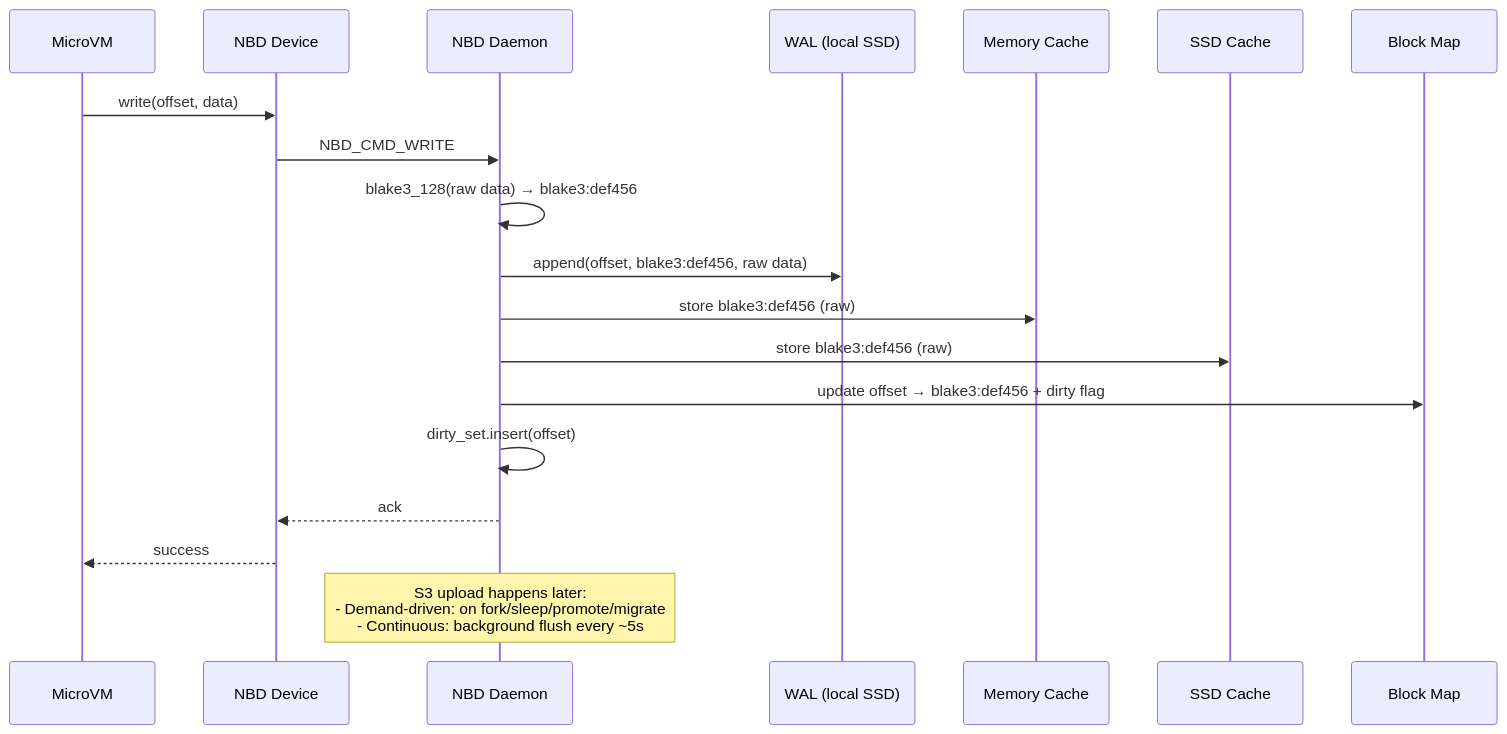
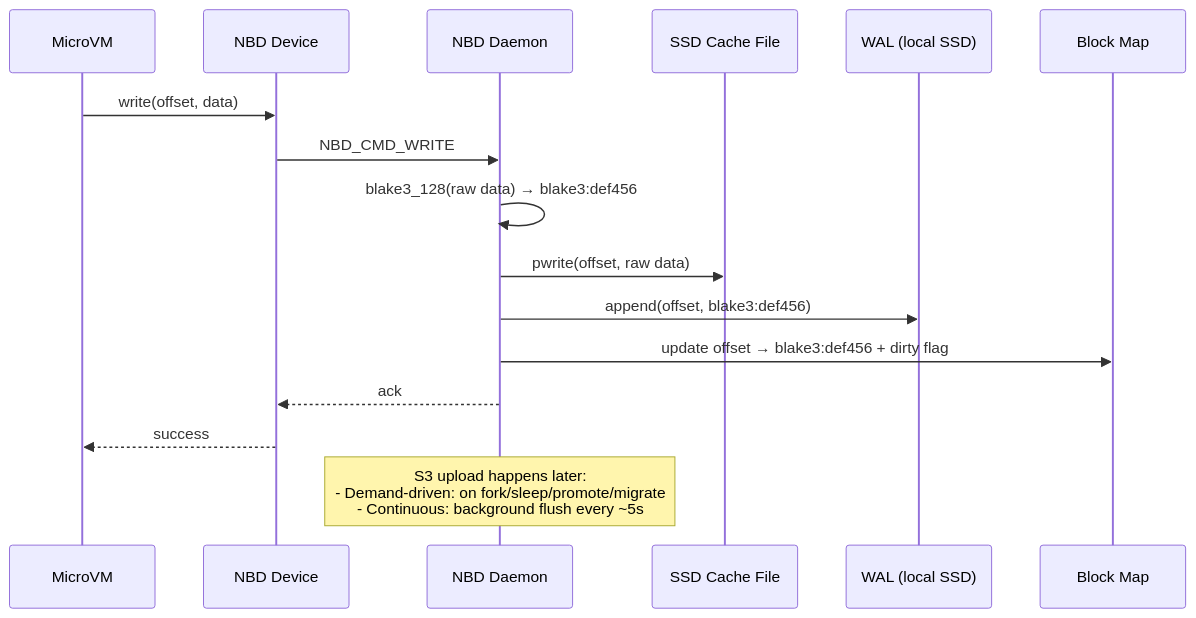
Before and after one commit to beyondoss/glidefs: the sixth of 12 diagrams in GLIDEv2.md, drawn with Mermaid. The commit also changed other lines of this file and 24 other files, not shown here.

````diff
--- a/GLIDEv2.md
+++ b/GLIDEv2.md
@@ -351,23 +351,20 @@
 ```mermaid
 sequenceDiagram
     participant VM as MicroVM
     participant NBD as NBD Device
     participant D as NBD Daemon
+    participant SC as SSD Cache File
     participant WAL as WAL (local SSD)
-    participant MC as Memory Cache
-    participant SC as SSD Cache
     participant M as Block Map
 
     VM->>NBD: write(offset, data)
     NBD->>D: NBD_CMD_WRITE
     D->>D: blake3_128(raw data) → blake3:def456
-    D->>WAL: append(offset, blake3:def456, raw data)
-    D->>MC: store blake3:def456 (raw)
-    D->>SC: store blake3:def456 (raw)
+    D->>SC: pwrite(offset, raw data)
+    D->>WAL: append(offset, blake3:def456)
     D->>M: update offset → blake3:def456 + dirty flag
-    D->>D: dirty_set.insert(offset)
     D-->>NBD: ack
     NBD-->>VM: success
 
     Note over D: S3 upload happens later:<br/>- Demand-driven: on fork/sleep/promote/migrate<br/>- Continuous: background flush every ~5s
 ```
````
